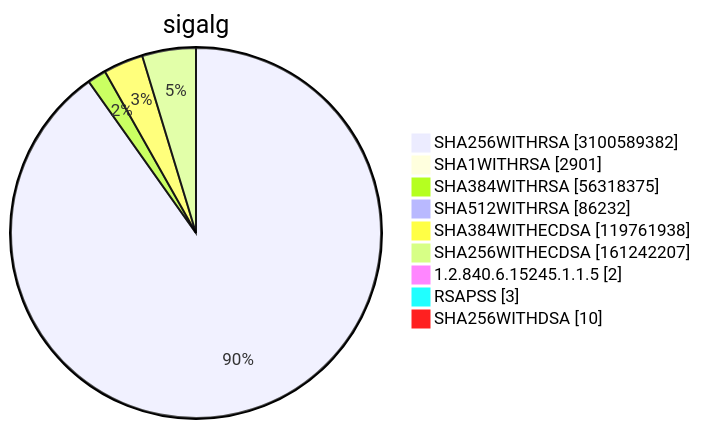
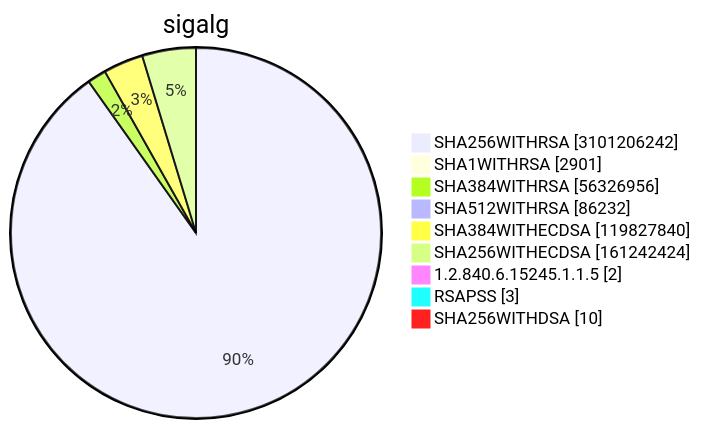
Before and after one commit to christiankrug/ctmonitor_visualization: diagram 15 of 15 in TOTAL/README.md, drawn with Mermaid. The commit also changed other lines of this file, not shown here.

````diff
--- a/TOTAL/README.md
+++ b/TOTAL/README.md
@@ -6212,13 +6212,13 @@
 ```mermaid
 pie showData
 title sigalg
-"SHA256WITHRSA" :3100589382
+"SHA256WITHRSA" :3101206242
 "SHA1WITHRSA" :2901
-"SHA384WITHRSA" :56318375
+"SHA384WITHRSA" :56326956
 "SHA512WITHRSA" :86232
-"SHA384WITHECDSA" :119761938
-"SHA256WITHECDSA" :161242207
+"SHA384WITHECDSA" :119827840
+"SHA256WITHECDSA" :161242424
 "1.2.840.6.15245.1.1.5" :2
 "RSAPSS" :3
 "SHA256WITHDSA" :10
 ```
````
